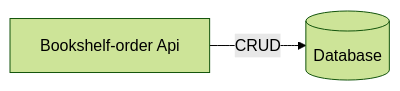
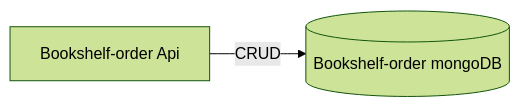
The diagram in README.md (jingming1991/scalaControl), drawn with Mermaid (forest theme) before and after one commit.

````diff
--- a/README.md
+++ b/README.md
@@ -3,5 +3,5 @@
 ```mermaid
 flowchart LR 
 
-A[Bookshelf-order Api] -->|CRUD| id1[(Database)]
+A[Bookshelf-order Api] -->|CRUD| id1[(Bookshelf-order mongoDB)]
 ```
````
